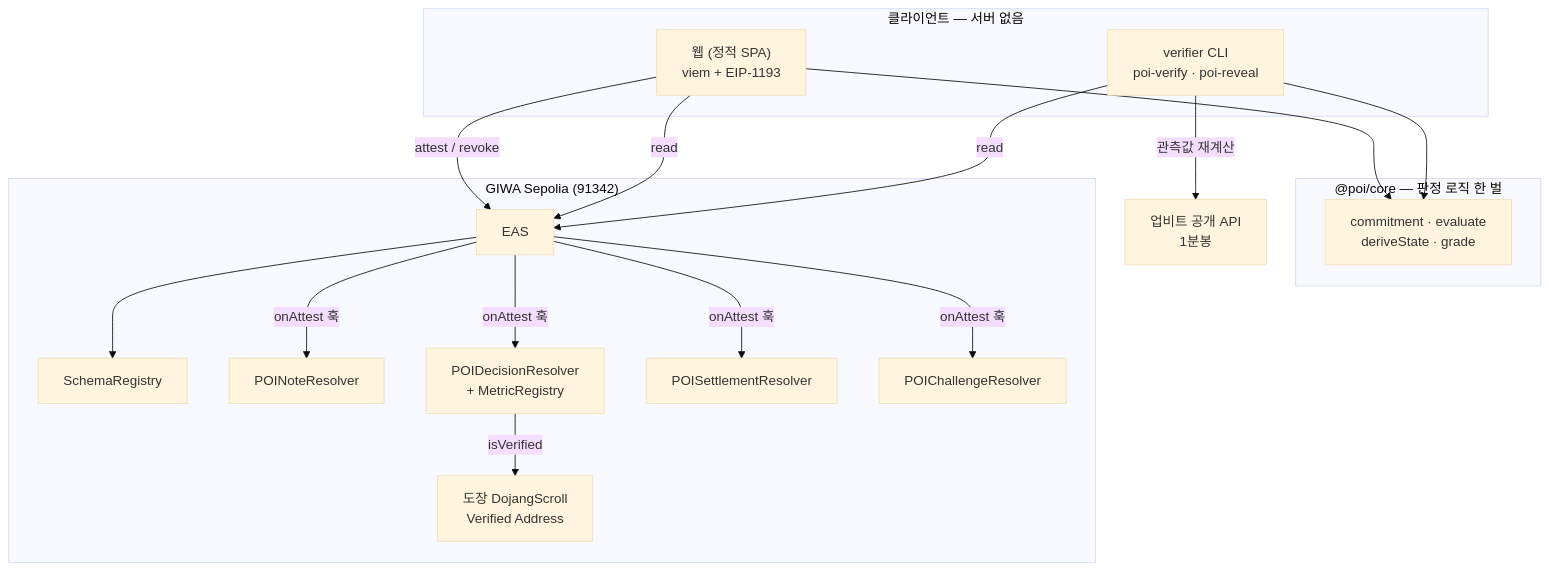
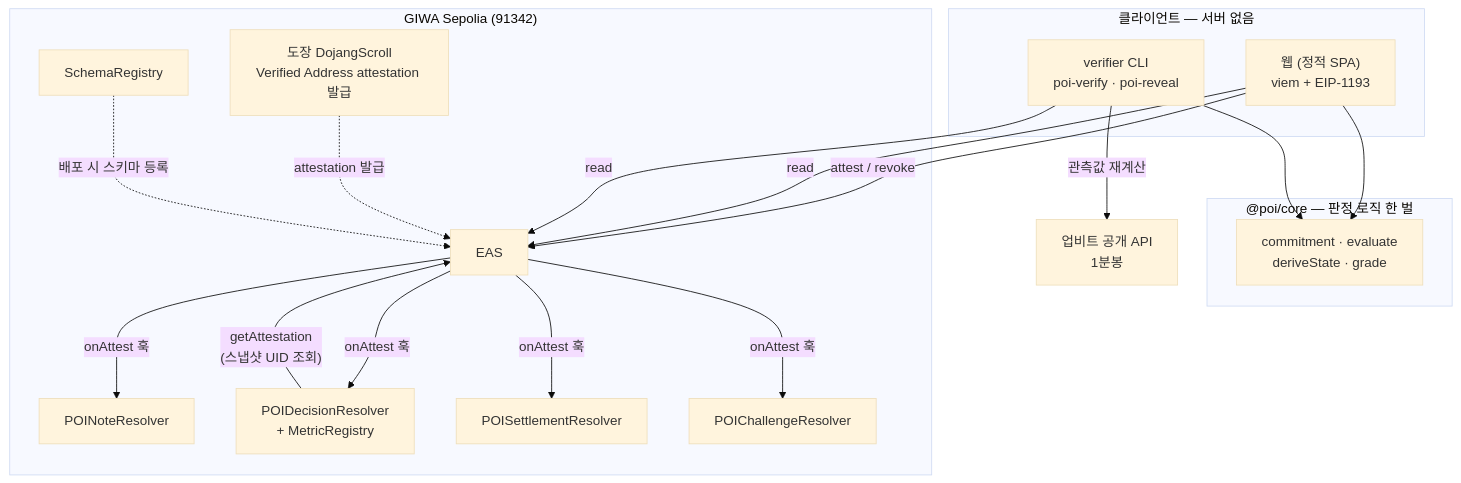
The diagram in gitbook/design/architecture.md (Bo621/POI), drawn with Mermaid (base theme) before and after one commit. The commit also changed other lines of this file and 6 other files, not shown here.

````diff
--- a/gitbook/design/architecture.md
+++ b/gitbook/design/architecture.md
@@ -6,30 +6,31 @@
 ```mermaid
 flowchart TB
     subgraph CLIENT["클라이언트 — 서버 없음"]
         W["웹 (정적 SPA)<br/>viem + EIP-1193"]
         V["verifier CLI<br/>poi-verify · poi-reveal"]
     end
     subgraph CORE["@poi/core — 판정 로직 한 벌"]
         C["commitment · evaluate<br/>deriveState · grade"]
     end
     subgraph CHAIN["GIWA Sepolia (91342)"]
         E["EAS"]
         SR["SchemaRegistry"]
         R1["POINoteResolver"]
         R2["POIDecisionResolver<br/>+ MetricRegistry"]
         R3["POISettlementResolver"]
         R4["POIChallengeResolver"]
-        D["도장 DojangScroll<br/>Verified Address"]
+        D["도장 DojangScroll<br/>Verified Address attestation 발급"]
     end
     U["업비트 공개 API<br/>1분봉"]
 
     W --> C
     V --> C
     W -->|"attest / revoke"| E
     W -->|"read"| E
     V -->|"read"| E
-    E --> SR
+    D -.->|"attestation 발급"| E
+    SR -.->|"배포 시 스키마 등록"| E
     E -->|"onAttest 훅"| R1 & R2 & R3 & R4
-    R2 -->|"isVerified"| D
+    R2 -->|"getAttestation<br/>(스냅샷 UID 조회)"| E
     V -->|"관측값 재계산"| U
 ```
````
